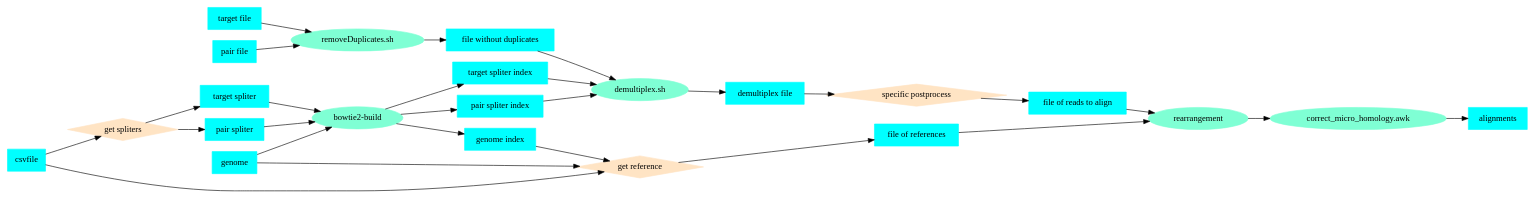
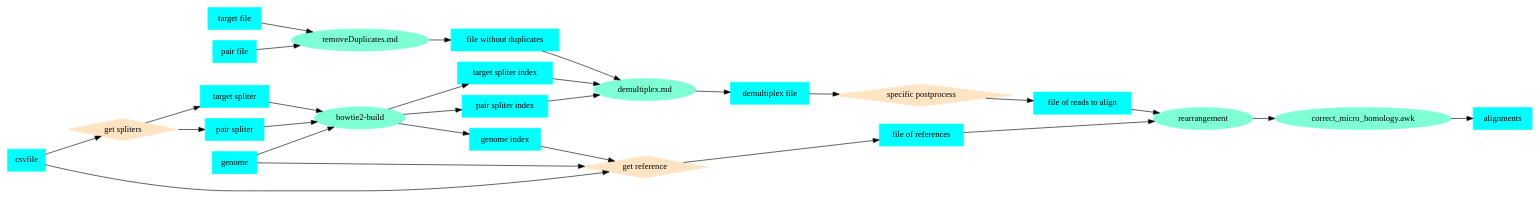
One commit to ljw20180420/rearr changed the diagram in docker-images/flask/flask_project/vue_project/src/assets/images/projectLogic.gv. Above: the diagram before and after it, drawn with Graphviz. The commit also changed 22 other files, not shown here.

```diff
--- a/docker-images/flask/flask_project/vue_project/src/assets/images/projectLogic.gv
+++ b/docker-images/flask/flask_project/vue_project/src/assets/images/projectLogic.gv
@@ -1,40 +1,40 @@
 # export by: dot -Tpng -o projectLogic.png projectLogic.gv
 
 digraph projectLogic
 {
     graph [layout=dot, rankdir="LR"]
 
     node [style=filled, shape=box, color=aqua]
     targetFile [label="target file"]
     pairedFile [label="pair file"]
-    removeDup [label="removeDuplicates.sh", shape=ellipse, color=aquamarine]
+    removeDup [label="removeDuplicates.md", shape=ellipse, color=aquamarine]
     nonDupFile [label="file without duplicates"]
 
     csvFile [label="csvfile"]
     getSpliters [label="get spliters", shape=diamond, color=bisque]
     targetSpliter [label="target spliter"]
     pairSpliter [label="pair spliter"]
     bowtie2build [label="bowtie2-build", shape=ellipse, color=aquamarine]
     targetSpliterIndex [label="target spliter index"]
     pairSpliterIndex [label="pair spliter index"]
 
-    demultiplex [label="demultiplex.sh", shape=ellipse, color=aquamarine]
+    demultiplex [label="demultiplex.md", shape=ellipse, color=aquamarine]
     demultiplexFile [label="demultiplex file"]
     specificPostprocess [label="specific postprocess", shape=diamond, color=bisque]
     postFile [label="file of reads to align"]
 
     genome [label="genome"]
     genomeIndex [label="genome index"]
     getReference [label="get reference", shape=diamond, color=bisque]
 
     refFile [label="file of references"]
     rearrangement [label="rearrangement", shape=ellipse, color=aquamarine]
     correct [label="correct_micro_homology.awk", shape=ellipse, color=aquamarine]
     algFile [label="alignments"]
 
     {targetFile, pairedFile} -> removeDup -> nonDupFile -> demultiplex -> demultiplexFile -> specificPostprocess -> postFile
     csvFile -> getSpliters -> {targetSpliter, pairSpliter} -> bowtie2build -> {targetSpliterIndex, pairSpliterIndex} -> demultiplex
     {postFile, refFile} -> rearrangement -> correct -> algFile
     genome -> bowtie2build -> genomeIndex -> getReference -> refFile
     {csvFile, genome} -> getReference
 }
```
